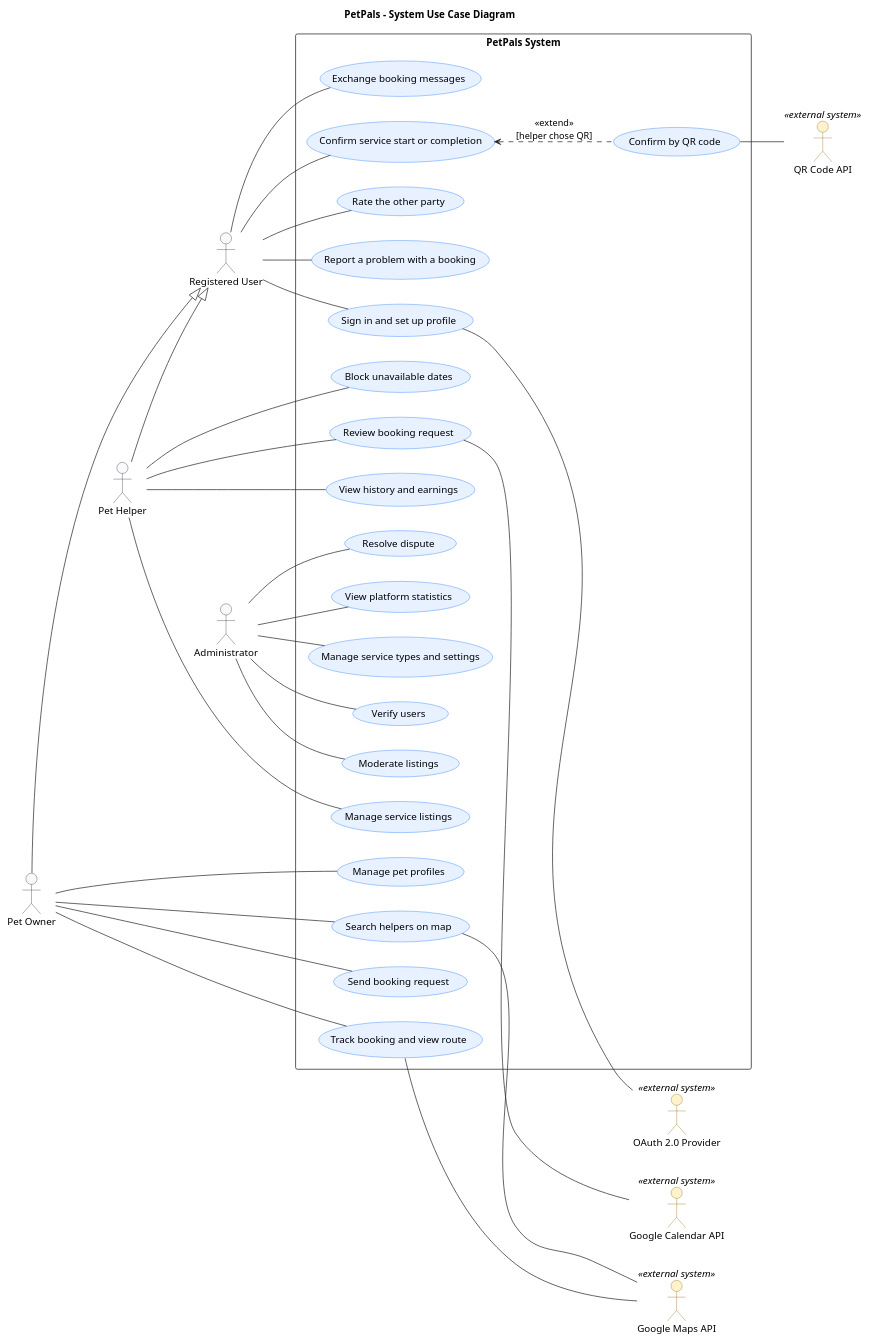
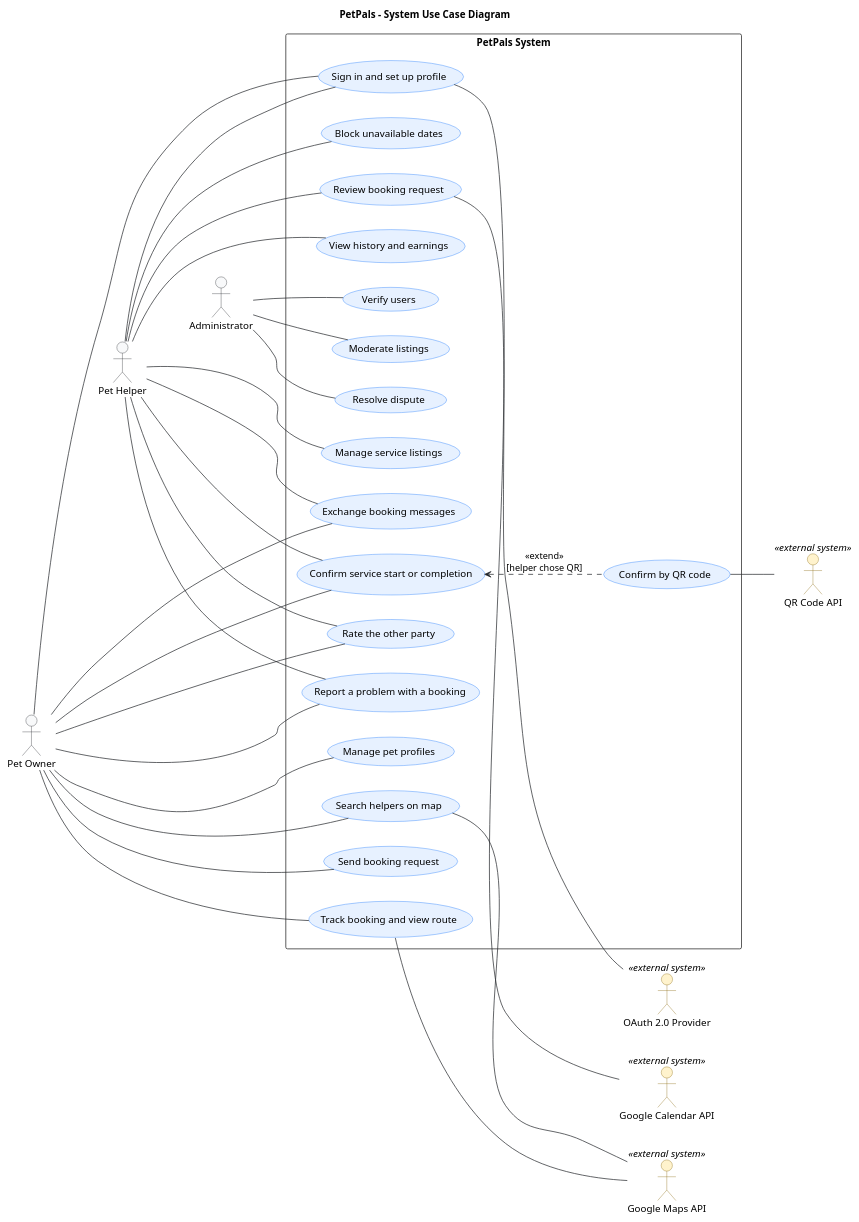
One commit to xikodev/PetPals changed the diagram in docs/puml/3-1-petpals-system-UC.puml. Above: the diagram before and after it, drawn with PlantUML. The commit also changed 2 other files, not shown here.

Commit message:
Align diagram and text with review changes

```diff
--- a/docs/puml/3-1-petpals-system-UC.puml
+++ b/docs/puml/3-1-petpals-system-UC.puml
@@ -14,127 +14,125 @@
 @startuml
 
 title PetPals - System Use Case Diagram
 
 left to right direction
 
 skinparam shadowing false
 skinparam defaultFontName Arial
 skinparam packageStyle rectangle
 
 skinparam actor {
     BackgroundColor #F8F9FA
     BorderColor #212529
     BackgroundColor<<external system>> #FFF3CD
     BorderColor<<external system>> #856404
 }
 
 skinparam usecase {
     BackgroundColor #E7F1FF
     BorderColor #0D6EFD
     ArrowColor #212529
 }
 
 ' ==============================================================================
 ' Primary actors
 ' ==============================================================================
 
-actor "Registered User" as User
 actor "Pet Owner" as Owner
 actor "Pet Helper" as Helper
 actor "Administrator" as Admin
 
-Owner -|> User
-Helper -|> User
 
 ' Layout-only relationships.
 Owner -[hidden]down-> Helper
 Helper -[hidden]down-> Admin
 
 ' ==============================================================================
 ' Secondary actors (external systems)
 ' ==============================================================================
 
 actor "OAuth 2.0 Provider" as IdP <<external system>>
 actor "Google Maps API" as Maps <<external system>>
 actor "Google Calendar API" as Cal <<external system>>
 actor "QR Code API" as QR <<external system>>
 
 ' ==============================================================================
 ' System boundary
 ' ==============================================================================
 
 rectangle "PetPals System" as PetPals {
 
     ' Pet Owner
     (Manage pet profiles) as UC_Pets
     (Search helpers on map) as UC_Search
     (Send booking request) as UC_Request
     (Track booking and view route) as UC_Track
 
     ' Shared by owners and helpers
     (Sign in and set up profile) as UC_SignIn
     (Exchange booking messages) as UC_Msg
     (Confirm service start or completion) as UC_Confirm
     (Confirm by QR code) as UC_QR
     (Rate the other party) as UC_Rate
     (Report a problem with a booking) as UC_Report
 
     ' Pet Helper
     (Manage service listings) as UC_Listings
     (Block unavailable dates) as UC_Block
     (Review booking request) as UC_Review
     (View history and earnings) as UC_History
 
     ' Administrator (web panel)
     (Verify users) as UC_Verify
     (Moderate listings) as UC_Moderate
     (Resolve dispute) as UC_Dispute
-    (View platform statistics) as UC_Stats
-    (Manage service types and settings) as UC_Settings
 }
 
 ' ==============================================================================
 ' Actor-to-use-case associations
 ' ==============================================================================
 
-User -- UC_SignIn
-User -- UC_Confirm
-User -- UC_Msg
-User -- UC_Rate
-User -- UC_Report
+Owner -- UC_SignIn
+Helper -- UC_SignIn
+Owner -- UC_Confirm
+Helper -- UC_Confirm
+Owner -- UC_Msg
+Helper -- UC_Msg
+Owner -- UC_Rate
+Helper -- UC_Rate
+Owner -- UC_Report
+Helper -- UC_Report
 
 Owner -- UC_Pets
 Owner -- UC_Search
 Owner -- UC_Request
 Owner -- UC_Track
 
 Helper -- UC_Listings
 Helper -- UC_Block
 Helper -- UC_Review
 Helper -- UC_History
 
 Admin -- UC_Verify
 Admin -- UC_Moderate
 Admin -- UC_Dispute
-Admin -- UC_Stats
-Admin -- UC_Settings
 
 ' ==============================================================================
 ' UML relationships
 ' ==============================================================================
 
 ' QR confirmation is one of two methods the helper may choose.
 UC_Confirm <.. UC_QR : <<extend>>\n[helper chose QR]
 
 ' ==============================================================================
 ' Secondary actor interactions
 ' ==============================================================================
 
 UC_SignIn -- IdP
 UC_Search -- Maps
 UC_Track -- Maps
 UC_Review -- Cal
 UC_QR -- QR
 
 
 @enduml
```
